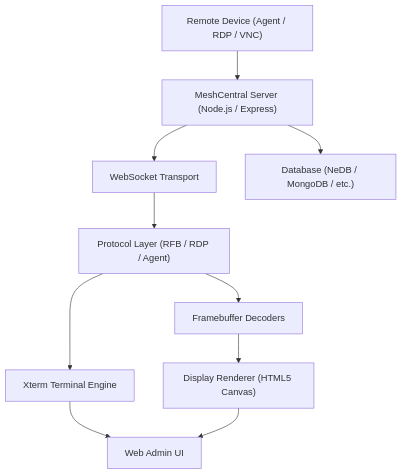
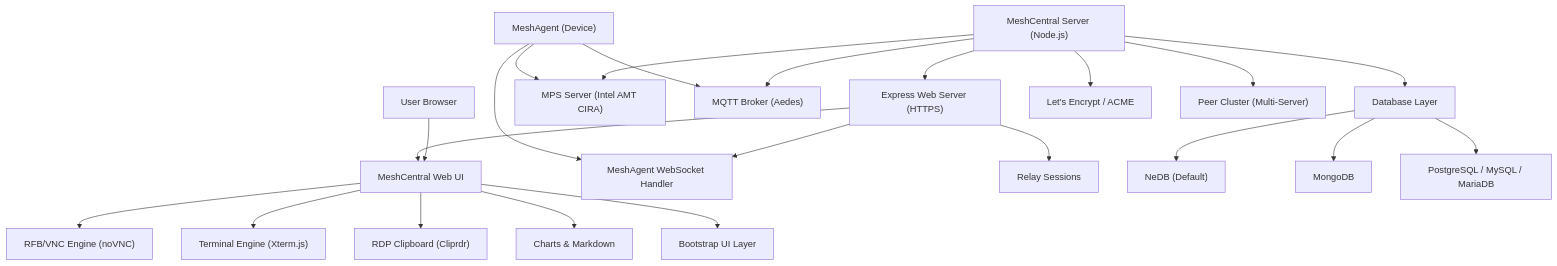
Before and after one commit to flamingo-stack/meshcentral: the diagram in docs/getting-started/introduction.md, drawn with Mermaid. The commit also changed other lines of this file and 8 other files, not shown here.

````diff
--- a/docs/getting-started/introduction.md
+++ b/docs/getting-started/introduction.md
@@ -56,22 +47,29 @@
 ```mermaid
 flowchart TD
-    RemoteDevice["Remote Device (Agent / RDP / VNC)"]
-    Server["MeshCentral Server (Node.js / Express)"]
-    WebSocket["WebSocket Transport"]
-    Protocol["Protocol Layer (RFB / RDP / Agent)"]
-    Decoders["Framebuffer Decoders"]
-    Display["Display Renderer (HTML5 Canvas)"]
-    Terminal["Xterm Terminal Engine"]
-    UI["Web Admin UI"]
-    DB["Database (NeDB / MongoDB / etc.)"]
+    Browser["User Browser"] --> WebUI["MeshCentral Web UI"]
 
-    RemoteDevice --> Server
-    Server --> DB
-    Server --> WebSocket
-    WebSocket --> Protocol
-    Protocol --> Decoders
-    Decoders --> Display
-    Protocol --> Terminal
-    Terminal --> UI
-    Display --> UI
+    WebUI --> RemoteDesktop["RFB/VNC Engine (noVNC)"]
+    WebUI --> Terminal["Terminal Engine (Xterm.js)"]
+    WebUI --> RDP["RDP Clipboard (Cliprdr)"]
+    WebUI --> Charts["Charts & Markdown"]
+    WebUI --> Bootstrap["Bootstrap UI Layer"]
+
+    WebServer["Express Web Server (HTTPS)"] --> WebUI
+    WebServer --> MeshAgent["MeshAgent WebSocket Handler"]
+    WebServer --> MeshRelay["Relay Sessions"]
+
+    MeshServer["MeshCentral Server (Node.js)"] --> WebServer
+    MeshServer --> MPS["MPS Server (Intel AMT CIRA)"]
+    MeshServer --> MQTT["MQTT Broker (Aedes)"]
+    MeshServer --> DB["Database Layer"]
+    MeshServer --> LetsEncrypt["Let's Encrypt / ACME"]
+    MeshServer --> MultiServer["Peer Cluster (Multi-Server)"]
+
+    DB --> NeDB["NeDB (Default)"]
+    DB --> MongoDB["MongoDB"]
+    DB --> PostgreSQL["PostgreSQL / MySQL / MariaDB"]
+
+    Agent["MeshAgent (Device)"] --> MeshAgent
+    Agent --> MPS
+    Agent --> MQTT
 ```
````
